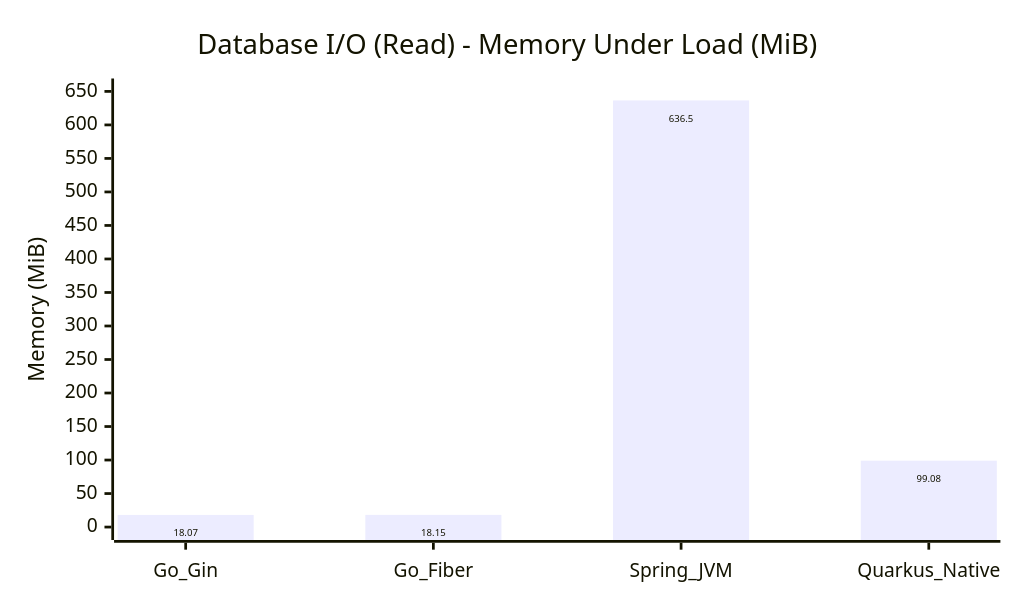
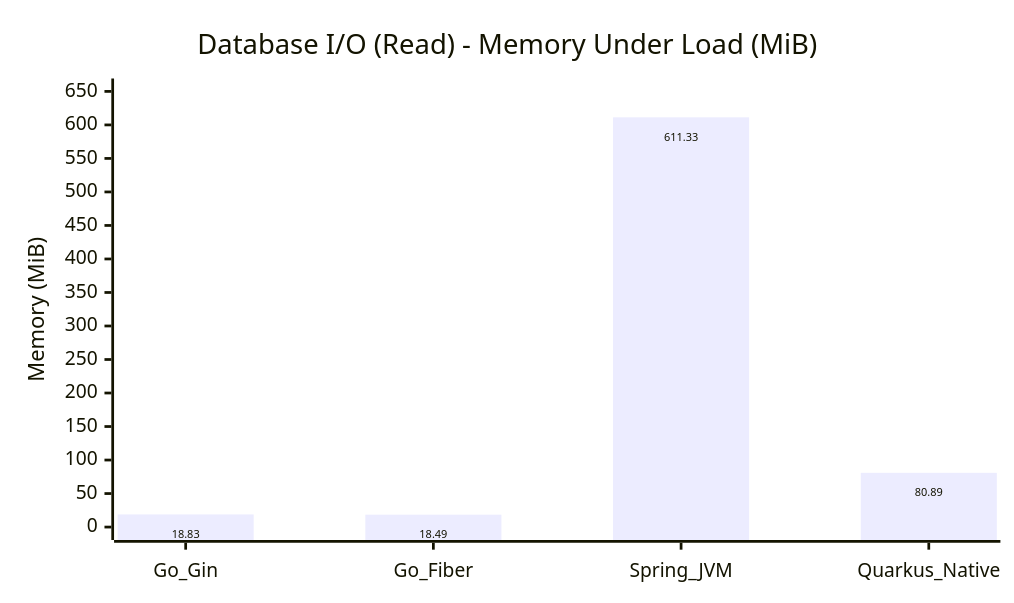
Before and after one commit to hiiamtin/go-vs-java: the sixth of 15 diagrams in COMPARISON_REPORT.md, drawn with Mermaid. The commit also changed other lines of this file and 93 other files, not shown here.

````diff
--- a/COMPARISON_REPORT.md
+++ b/COMPARISON_REPORT.md
@@ -127,14 +127,14 @@
 ```mermaid
 ---
 config:
   xyChart:
     width: 720
     height: 420
     showDataLabel: true
 ---
 xychart
     title "Database I/O (Read) - Memory Under Load (MiB)"
     x-axis [Go_Gin, Go_Fiber, Spring_JVM, Quarkus_Native]
     y-axis "Memory (MiB)" 0 --> 650
-    bar [18.07, 18.15, 636.5, 99.08]
+    bar [18.83, 18.49, 611.33, 80.89]
 ```
````
